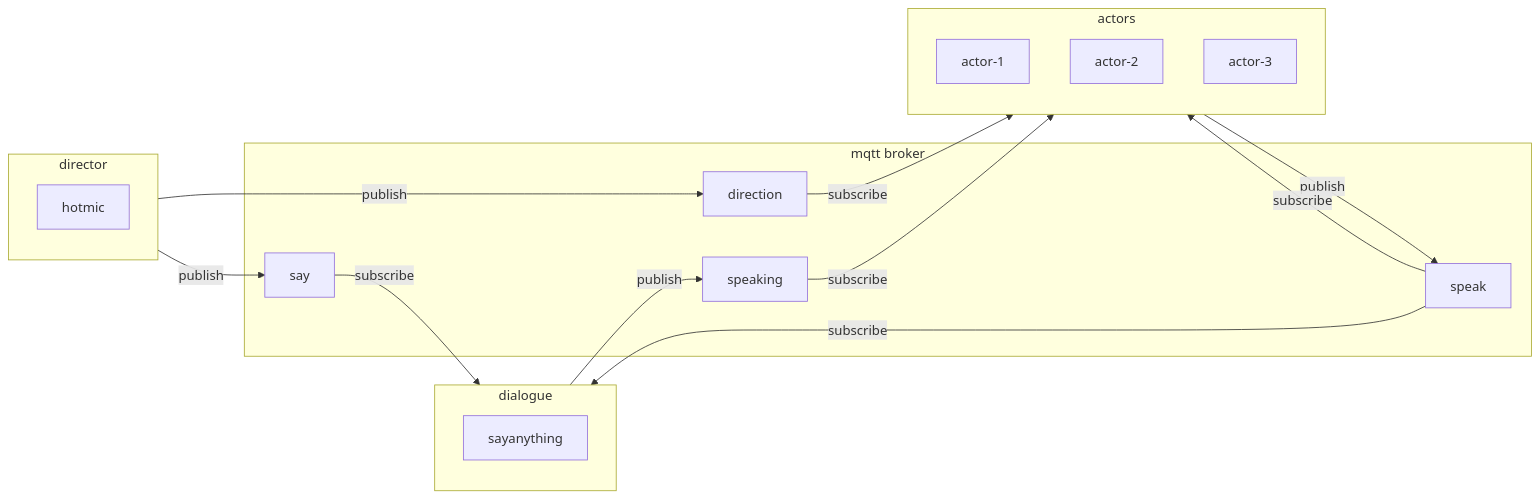
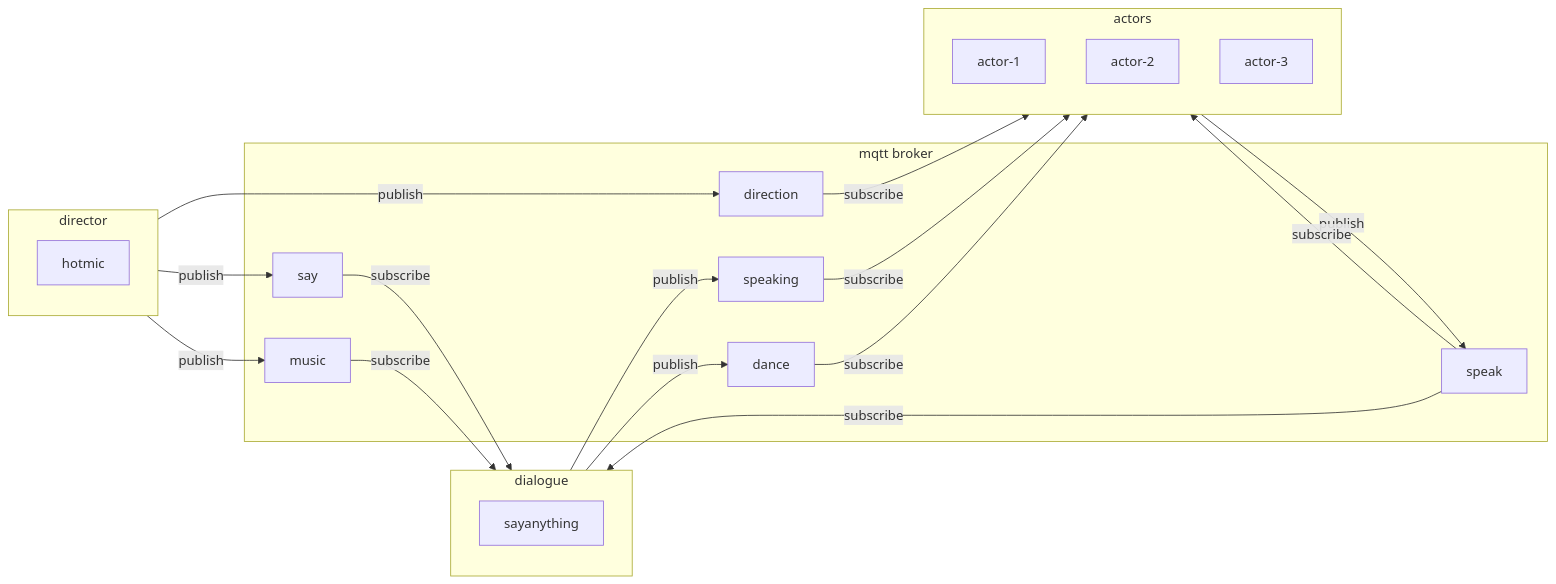
Before and after one commit to talkingheads2053/talkingheads: the first of 6 diagrams in README.md, drawn with Mermaid. The commit also changed other lines of this file and 6 other files, not shown here.

````diff
--- a/README.md
+++ b/README.md
@@ -25,29 +25,35 @@
 ```mermaid
 flowchart LR
 subgraph mqtt broker
     direction
     speak
     say
     speaking
+    music
+    dance
 end
 subgraph actors
     actor-1
     actor-2
     actor-3
 end
 subgraph director
     hotmic
 end
 subgraph dialogue
     sayanything
 end
 director -- publish --> direction
 director -- publish --> say
 direction-- subscribe -->actors
 actors-- publish -->speak
 speak-- subscribe -->actors
 speak-- subscribe -->dialogue
 say-- subscribe -->dialogue
 dialogue-- publish -->speaking
 speaking-- subscribe -->actors
+director -- publish --> music
+music-- subscribe -->dialogue
+dialogue-- publish -->dance
+dance-- subscribe -->actors
 ```
````
